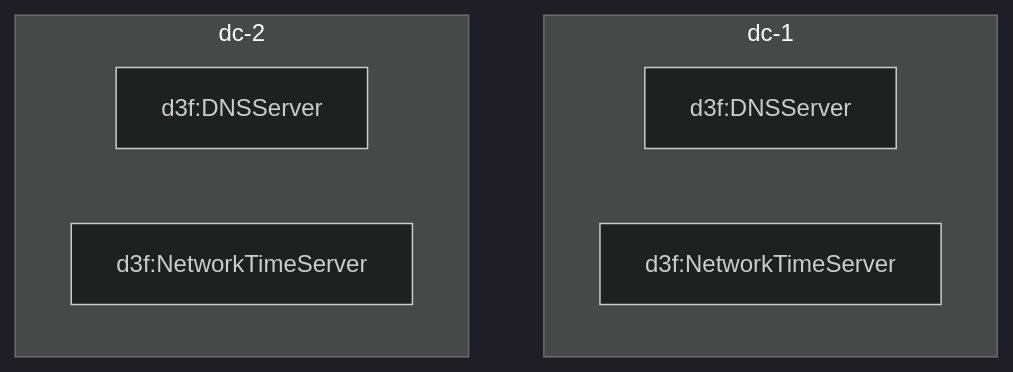
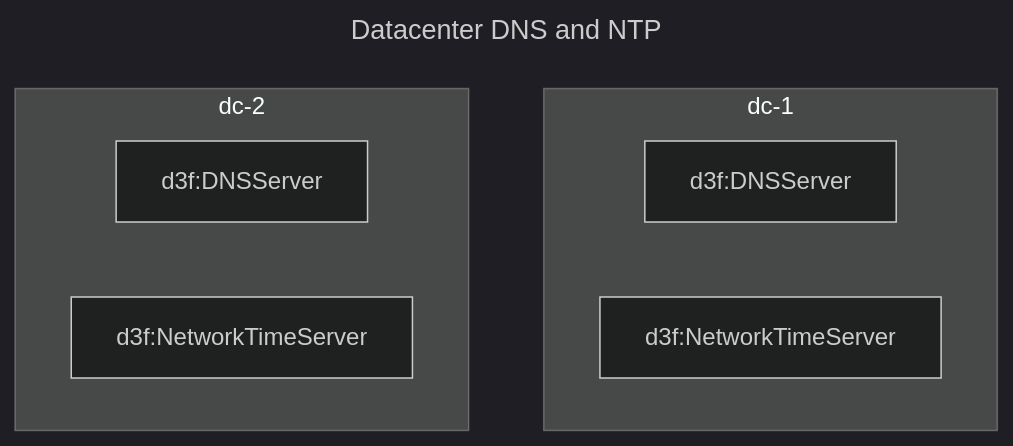
One commit to ioggstream/d3sign changed the third of 5 diagrams in app/src/data/examples/db-replica.md. Above: the diagram before and after it, drawn with Mermaid (dark theme). The commit also changed other lines of this file and 8 other files, not shown here.

Commit message:
Fix: #6. Diagram titles.

````diff
--- a/app/src/data/examples/db-replica.md
+++ b/app/src/data/examples/db-replica.md
@@ -43,16 +43,17 @@
 ```mermaid
 ---
 id: hla
+title: Datacenter DNS and NTP
 ---
 graph
 subgraph dc-1
     %% d3fend does not have d3f:DNSService nor d3f:NetworkTimeService, so we use the servers instead.
     dc-1-dns[d3f:DNSServer]
     dc-1-ntp[d3f:NetworkTimeServer]
 end
 
 subgraph dc-2
     dc-2-dns[d3f:DNSServer]
     dc-2-ntp[d3f:NetworkTimeServer]
 end
 ```
````
